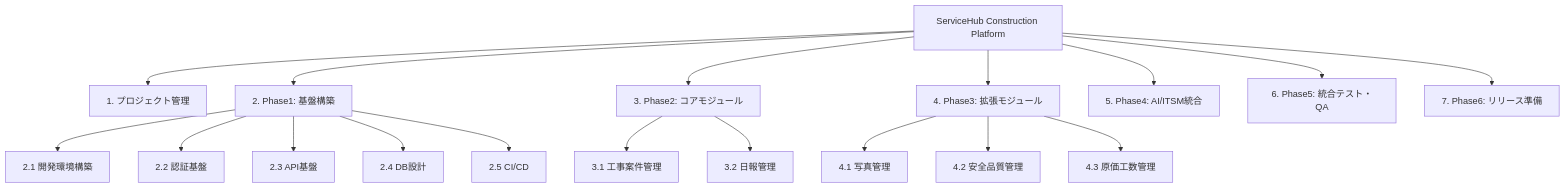
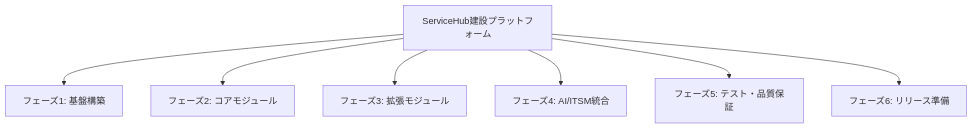
Before and after one commit to Kensan196948G/ServiceHub-Construction-Platform: the diagram in docs/08_プロジェクト管理（Project Management）/01_WBS（WBS）.md, drawn with Mermaid. The commit also changed other lines of this file and 23 other files, not shown here.

````diff
--- a/docs/08_プロジェクト管理（Project Management）/01_WBS（WBS）.md
+++ b/docs/08_プロジェクト管理（Project Management）/01_WBS（WBS）.md
@@ -19,25 +8,9 @@
 ```mermaid
-graph TD
-    P[ServiceHub Construction Platform]
-    
-    P --> W1[1. プロジェクト管理]
-    P --> W2[2. Phase1: 基盤構築]
-    P --> W3[3. Phase2: コアモジュール]
-    P --> W4[4. Phase3: 拡張モジュール]
-    P --> W5[5. Phase4: AI/ITSM統合]
-    P --> W6[6. Phase5: 統合テスト・QA]
-    P --> W7[7. Phase6: リリース準備]
-
-    W2 --> W2a[2.1 開発環境構築]
-    W2 --> W2b[2.2 認証基盤]
-    W2 --> W2c[2.3 API基盤]
-    W2 --> W2d[2.4 DB設計]
-    W2 --> W2e[2.5 CI/CD]
-
-    W3 --> W3a[3.1 工事案件管理]
-    W3 --> W3b[3.2 日報管理]
-
-    W4 --> W4a[4.1 写真管理]
-    W4 --> W4b[4.2 安全品質管理]
-    W4 --> W4c[4.3 原価工数管理]
+graph TB
+    A[ServiceHub建設プラットフォーム] --> B[フェーズ1: 基盤構築]
+    A --> C[フェーズ2: コアモジュール]
+    A --> D[フェーズ3: 拡張モジュール]
+    A --> E[フェーズ4: AI/ITSM統合]
+    A --> F[フェーズ5: テスト・品質保証]
+    A --> G[フェーズ6: リリース準備]
 ```
````
